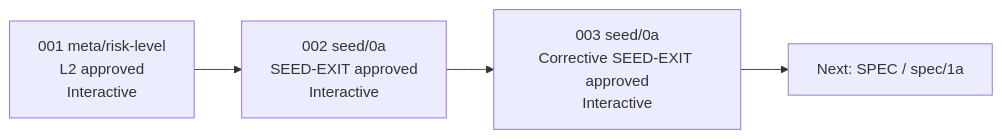
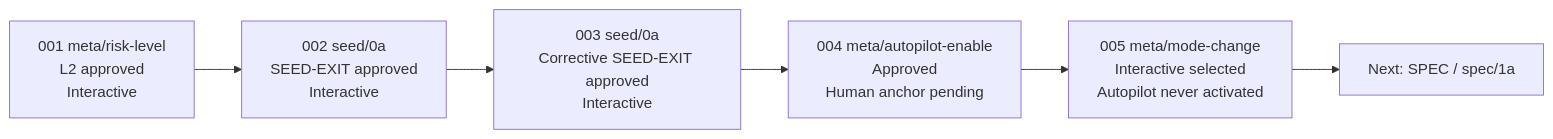
Before and after one commit to dvazqueb11/demo-agentic-workflow-sample: the diagram in twtty/replay-execution/execution-diagram.md, drawn with Mermaid. The commit also changed 3 other files, not shown here.

Commit message:
Record Interactive mode continuation

````diff
--- a/twtty/replay-execution/execution-diagram.md
+++ b/twtty/replay-execution/execution-diagram.md
@@ -5,9 +5,11 @@
 ```mermaid
 flowchart LR
     R["001 meta/risk-level<br/>L2 approved<br/>Interactive"]
     S["002 seed/0a<br/>SEED-EXIT approved<br/>Interactive"]
     C["003 seed/0a<br/>Corrective SEED-EXIT approved<br/>Interactive"]
+    A["004 meta/autopilot-enable<br/>Approved<br/>Human anchor pending"]
+    I["005 meta/mode-change<br/>Interactive selected<br/>Autopilot never activated"]
     N["Next: SPEC / spec/1a"]
 
-    R --> S --> C --> N
+    R --> S --> C --> A --> I --> N
 ```
````
